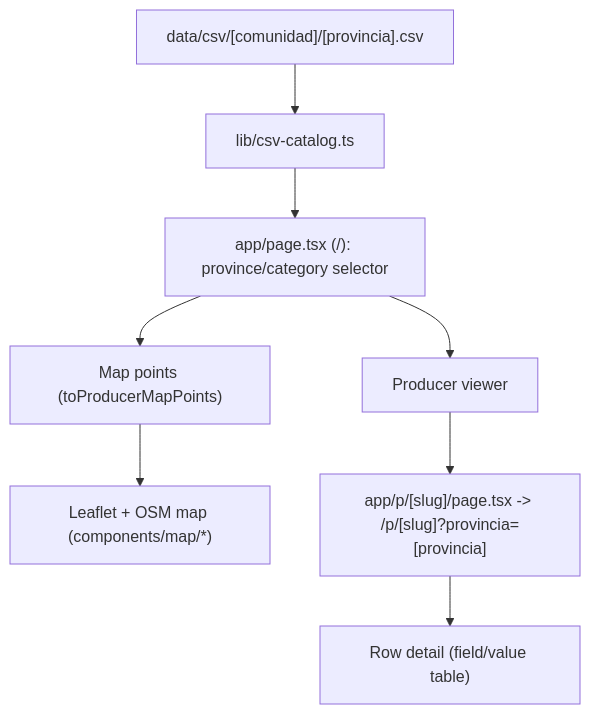
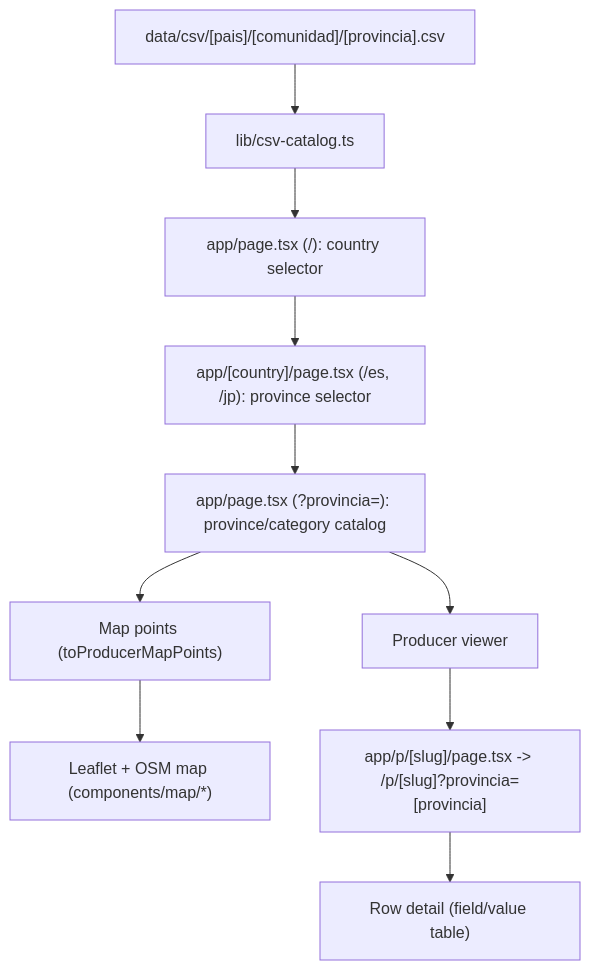
The first of 2 diagrams in docs/ARCHITECTURE.md (Lyzanor/chisan), drawn with Mermaid before and after one commit. The commit also changed 5920 other files, not shown here.

````diff
--- a/docs/ARCHITECTURE.md
+++ b/docs/ARCHITECTURE.md
@@ -7,10 +7,12 @@
 ```mermaid
 flowchart TD
-  A["data/csv/[comunidad]/[provincia].csv"] --> B["lib/csv-catalog.ts"]
-  B --> C["app/page.tsx (/): province/category selector"]
+  A["data/csv/[pais]/[comunidad]/[provincia].csv"] --> B["lib/csv-catalog.ts"]
+  B --> P["app/page.tsx (/): country selector"]
+  P --> Q["app/[country]/page.tsx (/es, /jp): province selector"]
+  Q --> C["app/page.tsx (?provincia=): province/category catalog"]
   C --> D["Producer viewer"]
   C --> E["Map points (toProducerMapPoints)"]
   E --> F["Leaflet + OSM map (components/map/*)"]
   D --> G["app/p/[slug]/page.tsx -> /p/[slug]?provincia=[provincia]"]
   G --> H["Row detail (field/value table)"]
 ```
````
